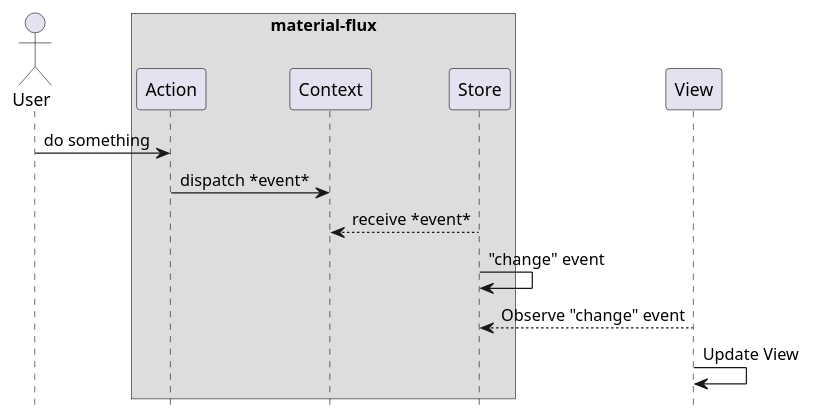
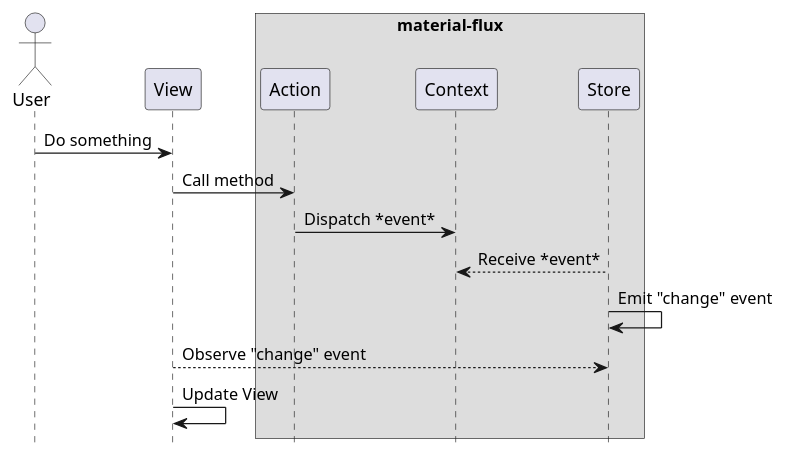
Before and after one commit to azu/material-flux: the diagram in docs/figures/material-flux.puml, drawn with PlantUML. The commit also changed 1 other file, not shown here.

```diff
--- a/docs/figures/material-flux.puml
+++ b/docs/figures/material-flux.puml
@@ -1,18 +1,20 @@
 @startuml
 
   hide footbox
   Actor User
-  User -> Action: do something
+  User -> View: Do something
+  View -> Action: Call method
   box "material-flux"
     participant Action
     participant Context
     participant Store
   end box
 
-  Action -> Context: dispatch *event*
-  Context <-- Store: receive *event*
-  Store -> Store: "change" event
+  Action -> Context: Dispatch *event*
+  Context <-- Store: Receive *event*
+  Store -> Store: Emit "change" event
   Store <-- View: Observe "change" event
   View -> View: Update View
 
+
 @enduml
```
